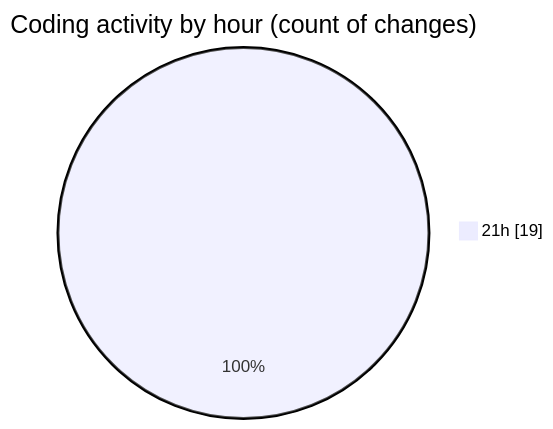
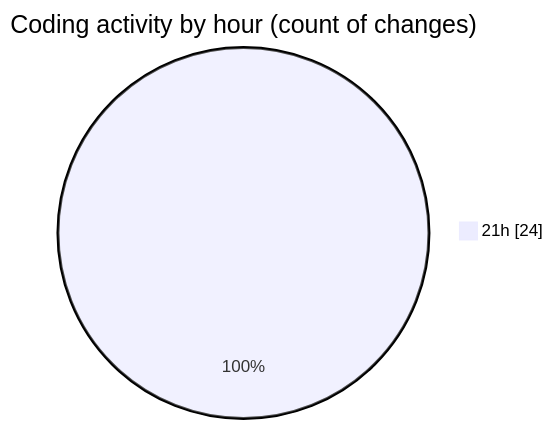
Before and after one commit to IJAZ3593/code-tracking: the second of 2 diagrams in 2025-09-04/tailwind/README.md, drawn with Mermaid. The commit also changed other lines of this file and 1 other file, not shown here.

````diff
--- a/2025-09-04/tailwind/README.md
+++ b/2025-09-04/tailwind/README.md
@@ -31,5 +31,5 @@
 ```mermaid
 pie showData
 title Coding activity by hour (count of changes)
-"21h" : 19
+"21h" : 24
 ```
````
